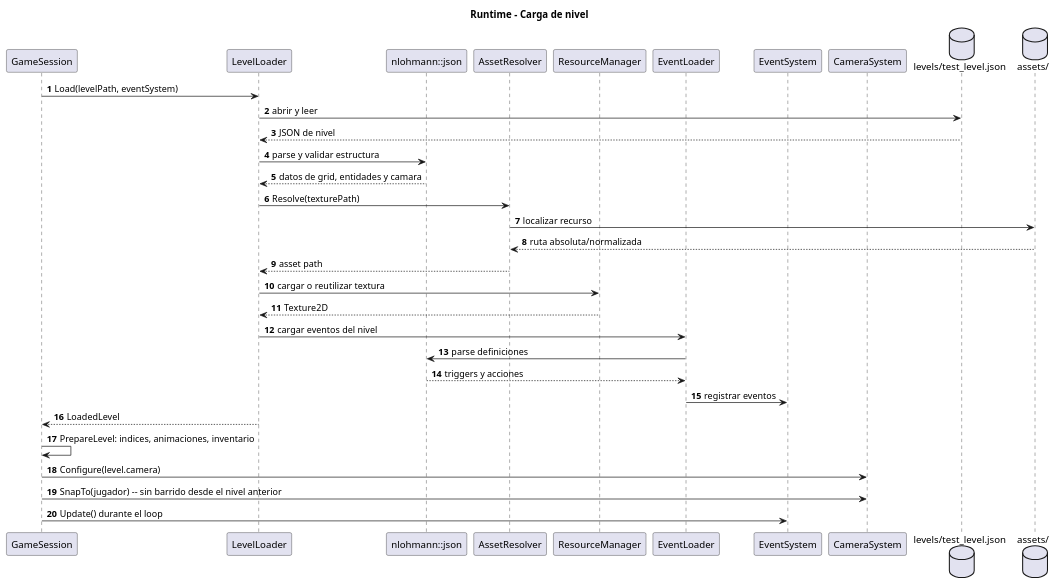
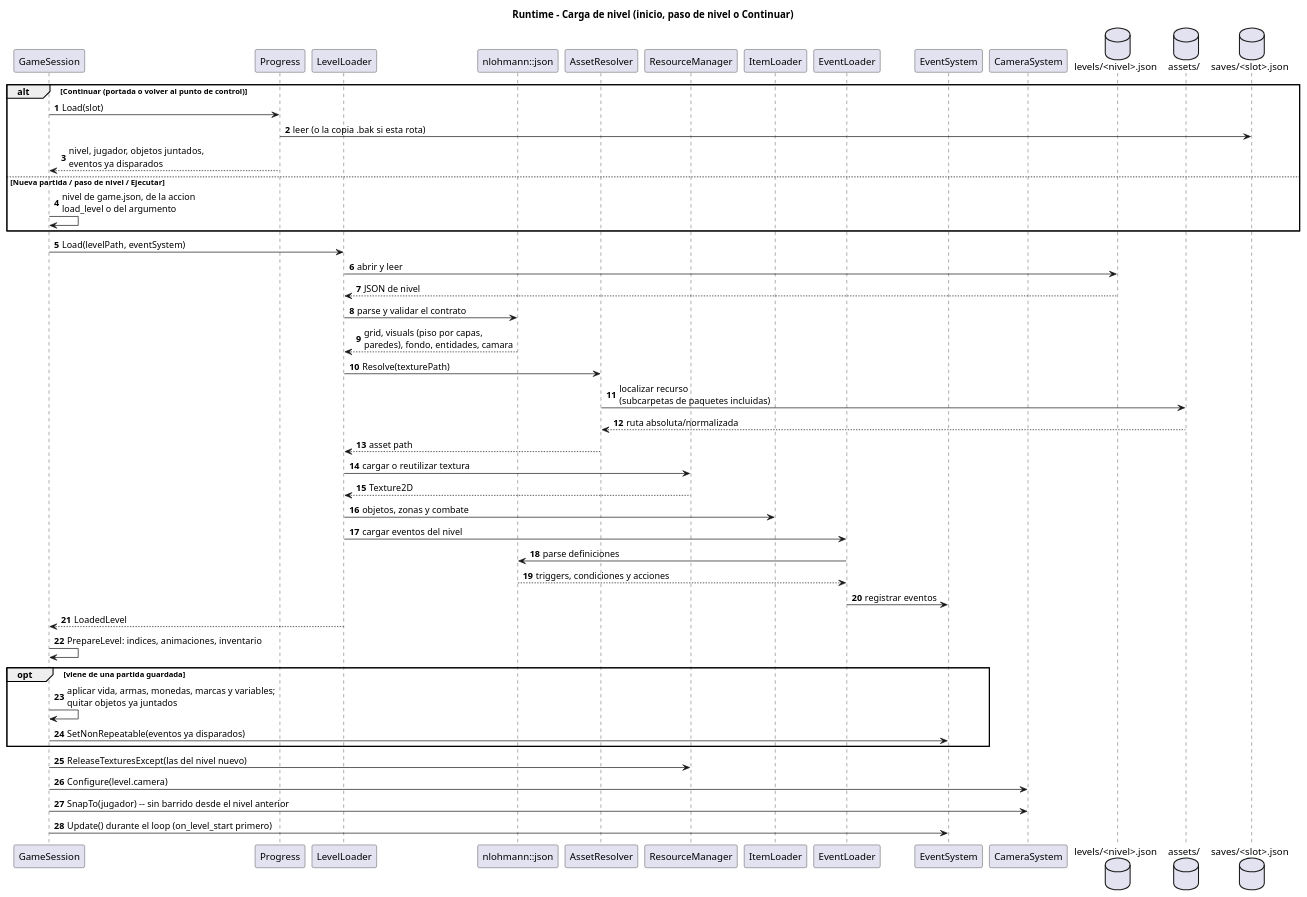
One commit to dannn-36/HoneyCombEngine-PlataformaNoCode-2.5D changed the diagram in docs/architecture/runtime-level-loading.puml. Above: the diagram before and after it, drawn with PlantUML. The commit also changed 11 other files, not shown here.

First line of the commit message:
HoneyComb - Actualizar diagramas de arquitectura

```diff
--- a/docs/architecture/runtime-level-loading.puml
+++ b/docs/architecture/runtime-level-loading.puml
@@ -1,36 +1,53 @@
 @startuml runtime-level-loading
-title Runtime - Carga de nivel
+title Runtime - Carga de nivel (inicio, paso de nivel o Continuar)
 autonumber
 
 participant "GameSession" as main
+participant "Progress" as progress
 participant "LevelLoader" as loader
 participant "nlohmann::json" as json
 participant "AssetResolver" as resolver
 participant "ResourceManager" as resources
+participant "ItemLoader" as itemLoader
 participant "EventLoader" as eventLoader
 participant "EventSystem" as events
 participant "CameraSystem" as camera
-database "levels/test_level.json" as levelFile
+database "levels/<nivel>.json" as levelFile
 database "assets/" as assets
+database "saves/<slot>.json" as saveFile
+
+alt Continuar (portada o volver al punto de control)
+  main -> progress : Load(slot)
+  progress -> saveFile : leer (o la copia .bak si esta rota)
+  progress --> main : nivel, jugador, objetos juntados,\neventos ya disparados
+else Nueva partida / paso de nivel / Ejecutar
+  main -> main : nivel de game.json, de la accion\nload_level o del argumento
+end
 
 main -> loader : Load(levelPath, eventSystem)
 loader -> levelFile : abrir y leer
 levelFile --> loader : JSON de nivel
-loader -> json : parse y validar estructura
-json --> loader : datos de grid, entidades y camara
+loader -> json : parse y validar el contrato
+json --> loader : grid, visuals (piso por capas,\nparedes), fondo, entidades, camara
 loader -> resolver : Resolve(texturePath)
-resolver -> assets : localizar recurso
+resolver -> assets : localizar recurso\n(subcarpetas de paquetes incluidas)
 assets --> resolver : ruta absoluta/normalizada
 resolver --> loader : asset path
 loader -> resources : cargar o reutilizar textura
 resources --> loader : Texture2D
+loader -> itemLoader : objetos, zonas y combate
 loader -> eventLoader : cargar eventos del nivel
 eventLoader -> json : parse definiciones
-json --> eventLoader : triggers y acciones
+json --> eventLoader : triggers, condiciones y acciones
 eventLoader -> events : registrar eventos
 loader --> main : LoadedLevel
 main -> main : PrepareLevel: indices, animaciones, inventario
+opt viene de una partida guardada
+  main -> main : aplicar vida, armas, monedas, marcas y variables;\nquitar objetos ya juntados
+  main -> events : SetNonRepeatable(eventos ya disparados)
+end
+main -> resources : ReleaseTexturesExcept(las del nivel nuevo)
 main -> camera : Configure(level.camera)
 main -> camera : SnapTo(jugador) -- sin barrido desde el nivel anterior
-main -> events : Update() durante el loop
+main -> events : Update() durante el loop (on_level_start primero)
 @enduml
```
